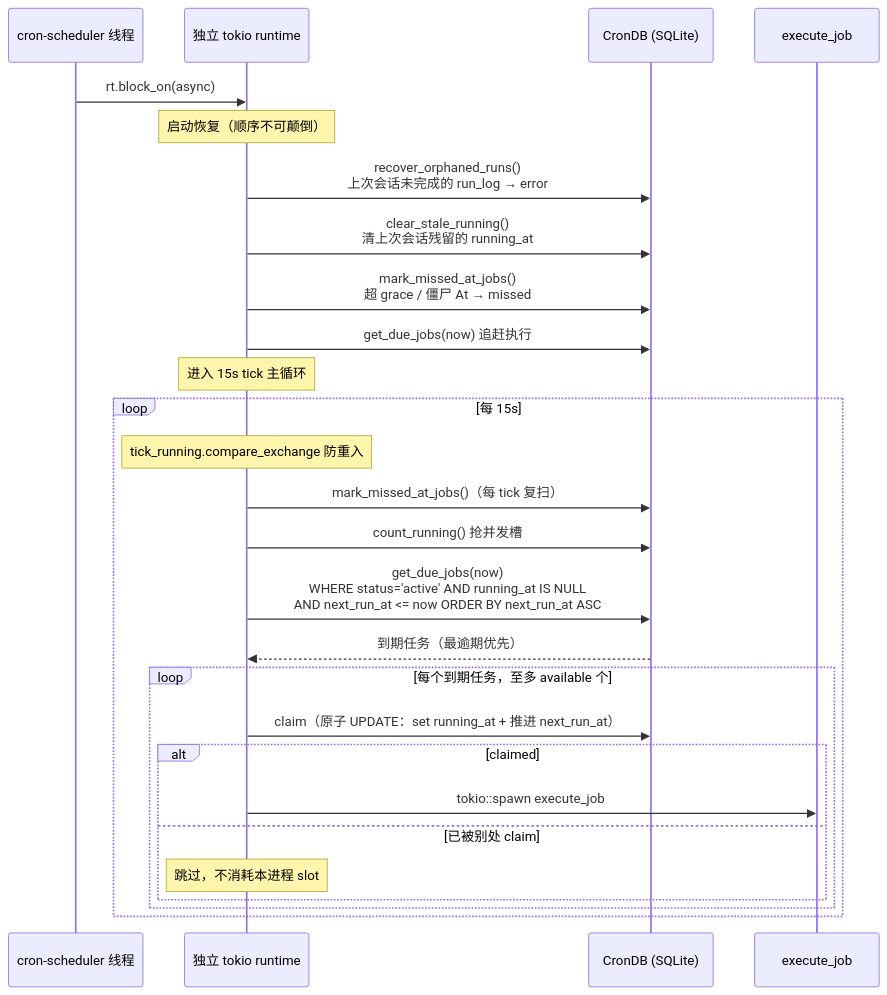
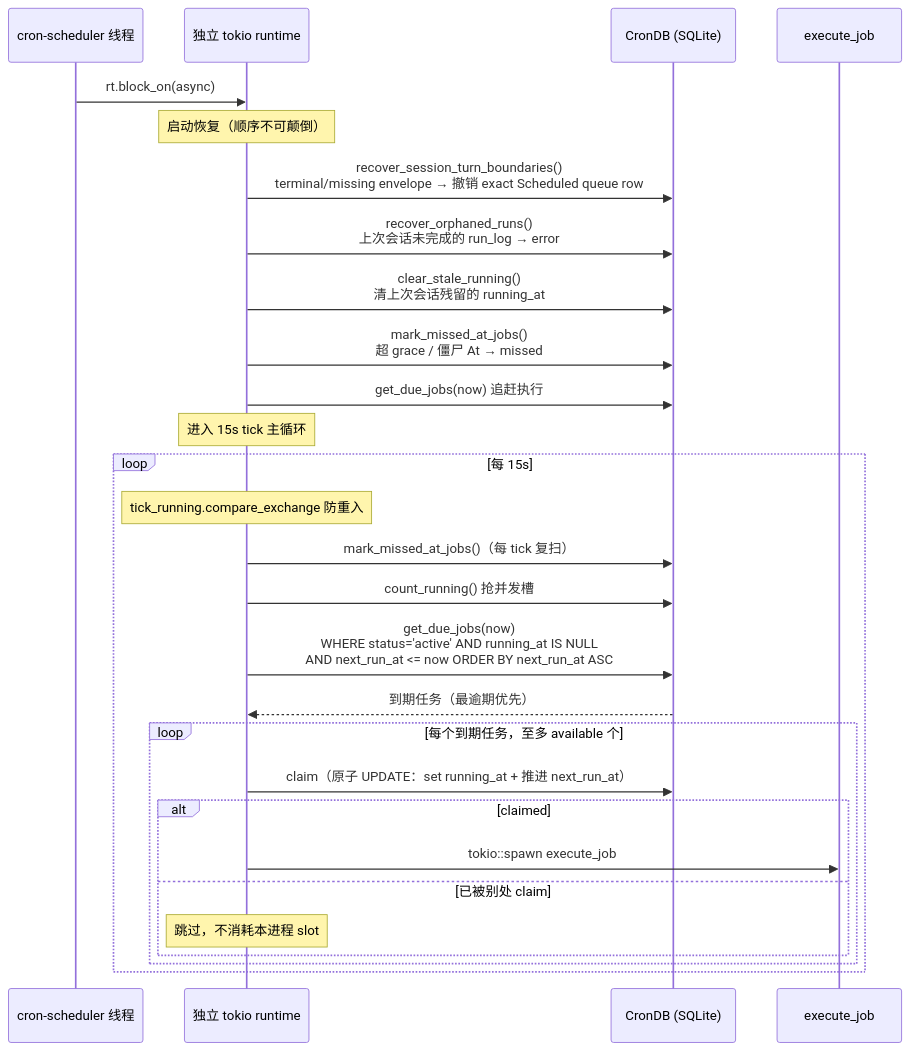
One commit to shiwenwen/hope-agent changed the third of 5 diagrams in docs/architecture/infra/cron.md. Above: the diagram before and after it, drawn with Mermaid. The commit also changed other lines of this file and 75 other files, not shown here.

````diff
--- a/docs/architecture/infra/cron.md
+++ b/docs/architecture/infra/cron.md
@@ -245,32 +247,33 @@
 ```mermaid
 sequenceDiagram
     participant Thread as cron-scheduler 线程
     participant RT as 独立 tokio runtime
     participant DB as CronDB (SQLite)
     participant Exec as execute_job
 
     Thread->>RT: rt.block_on(async)
 
     Note over RT: 启动恢复（顺序不可颠倒）
+    RT->>DB: recover_session_turn_boundaries()<br/>terminal/missing envelope → 撤销 exact Scheduled queue row
     RT->>DB: recover_orphaned_runs()<br/>上次会话未完成的 run_log → error
     RT->>DB: clear_stale_running()<br/>清上次会话残留的 running_at
     RT->>DB: mark_missed_at_jobs()<br/>超 grace / 僵尸 At → missed
     RT->>DB: get_due_jobs(now) 追赶执行
 
     Note over RT: 进入 15s tick 主循环
     loop 每 15s
         Note over RT: tick_running.compare_exchange 防重入
         RT->>DB: mark_missed_at_jobs()（每 tick 复扫）
         RT->>DB: count_running() 抢并发槽
         RT->>DB: get_due_jobs(now)<br/>WHERE status='active' AND running_at IS NULL<br/>AND next_run_at <= now  ORDER BY next_run_at ASC
         DB-->>RT: 到期任务（最逾期优先）
         loop 每个到期任务，至多 available 个
             RT->>DB: claim（原子 UPDATE：set running_at + 推进 next_run_at）
             alt claimed
                 RT->>Exec: tokio::spawn execute_job
             else 已被别处 claim
                 Note over RT: 跳过，不消耗本进程 slot
             end
         end
     end
 ```
````
